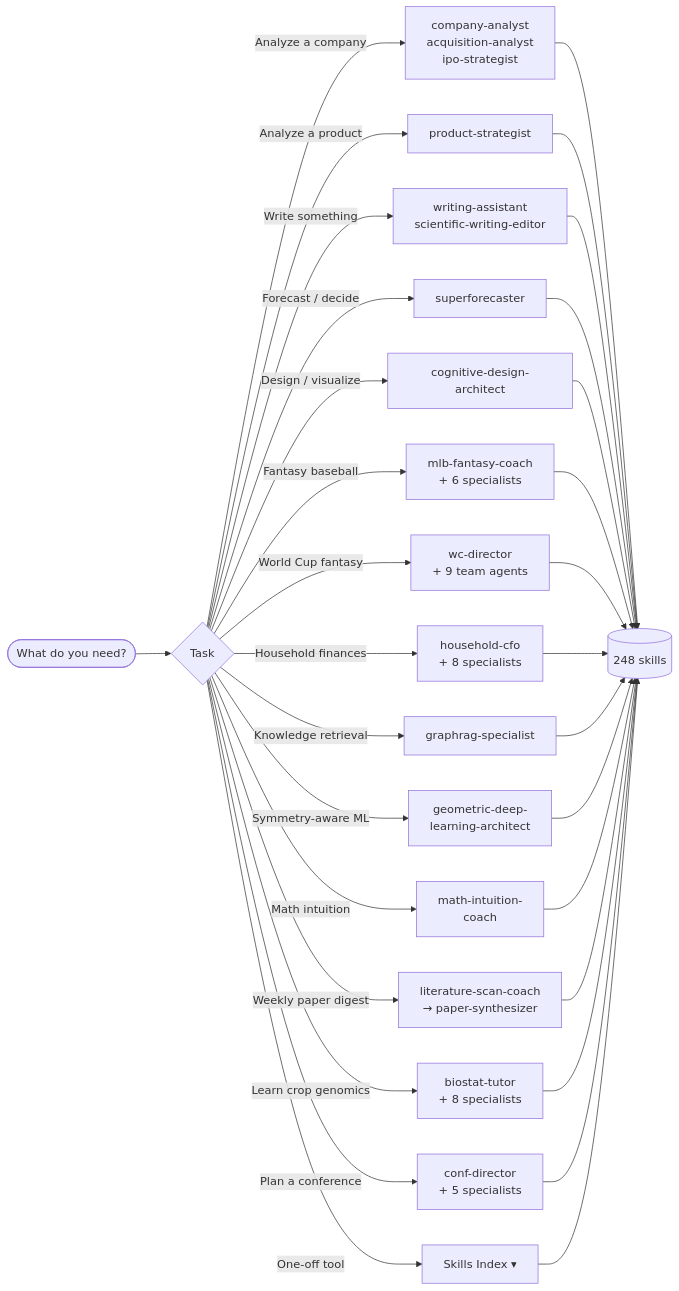
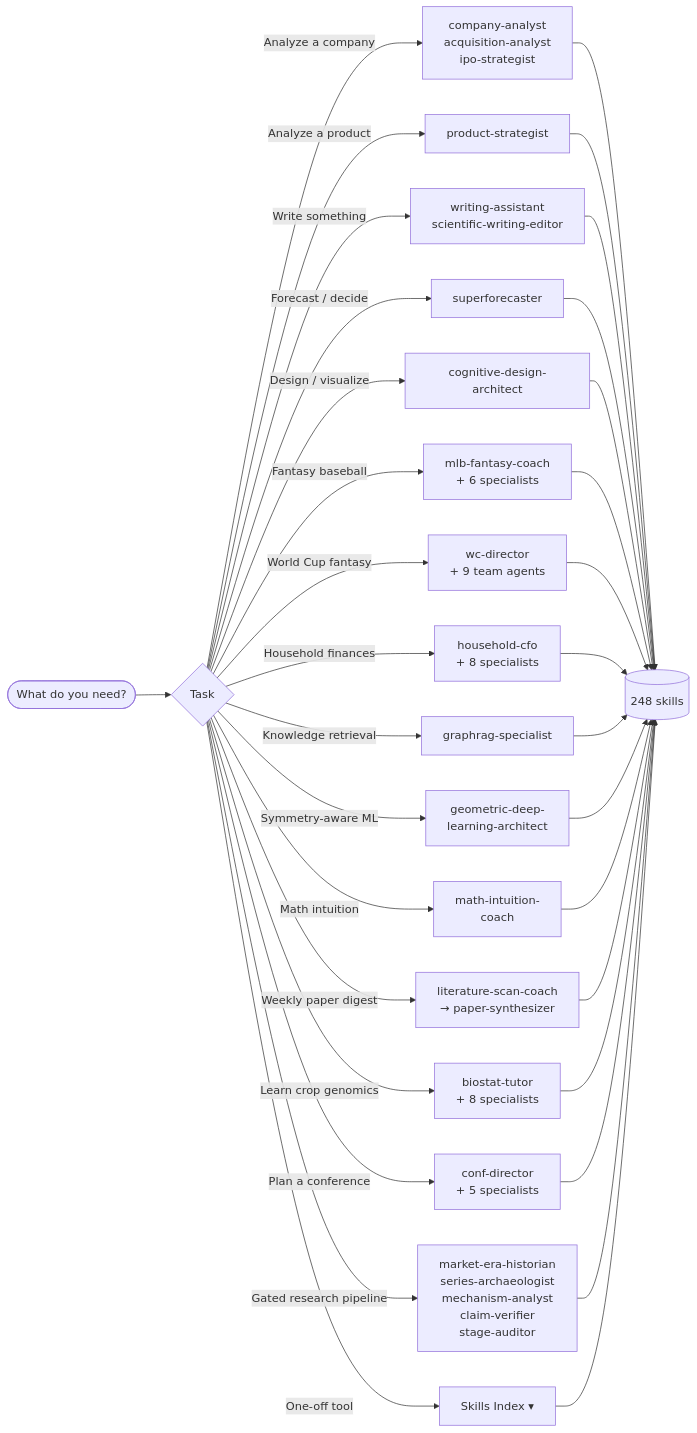
Before and after one commit to lyndonkl/claude: the diagram in README.md, drawn with Mermaid. The commit also changed other lines of this file and 5 other files, not shown here.

````diff
--- a/README.md
+++ b/README.md
@@ -46,21 +47,22 @@
 ```mermaid
 flowchart LR
     U([What do you need?]) --> D{Task}
     D -->|Analyze a company| CA[company-analyst<br/>acquisition-analyst<br/>ipo-strategist]
     D -->|Analyze a product| PS[product-strategist]
     D -->|Write something| WA[writing-assistant<br/>scientific-writing-editor]
     D -->|Forecast / decide| SF[superforecaster]
     D -->|Design / visualize| CD[cognitive-design-architect]
     D -->|Fantasy baseball| MLB[mlb-fantasy-coach<br/>+ 6 specialists]
     D -->|World Cup fantasy| WC[wc-director<br/>+ 9 team agents]
     D -->|Household finances| HF[household-cfo<br/>+ 8 specialists]
     D -->|Knowledge retrieval| GR[graphrag-specialist]
     D -->|Symmetry-aware ML| GDL[geometric-deep-<br/>learning-architect]
     D -->|Math intuition| MI[math-intuition-<br/>coach]
     D -->|Weekly paper digest| LSC[literature-scan-coach<br/>→ paper-synthesizer]
     D -->|Learn crop genomics| BIO[biostat-tutor<br/>+ 8 specialists]
     D -->|Plan a conference| CONF[conf-director<br/>+ 5 specialists]
+    D -->|Gated research pipeline| RP[market-era-historian<br/>series-archaeologist<br/>mechanism-analyst<br/>claim-verifier<br/>stage-auditor]
     D -->|One-off tool| SK[Skills Index ▾]
-    CA & PS & WA & SF & CD & MLB & WC & HF & GR & GDL & MI & LSC & BIO & CONF --> S[(248 skills)]
+    CA & PS & WA & SF & CD & MLB & WC & HF & GR & GDL & MI & LSC & BIO & CONF & RP --> S[(248 skills)]
     SK --> S
 ```
````
